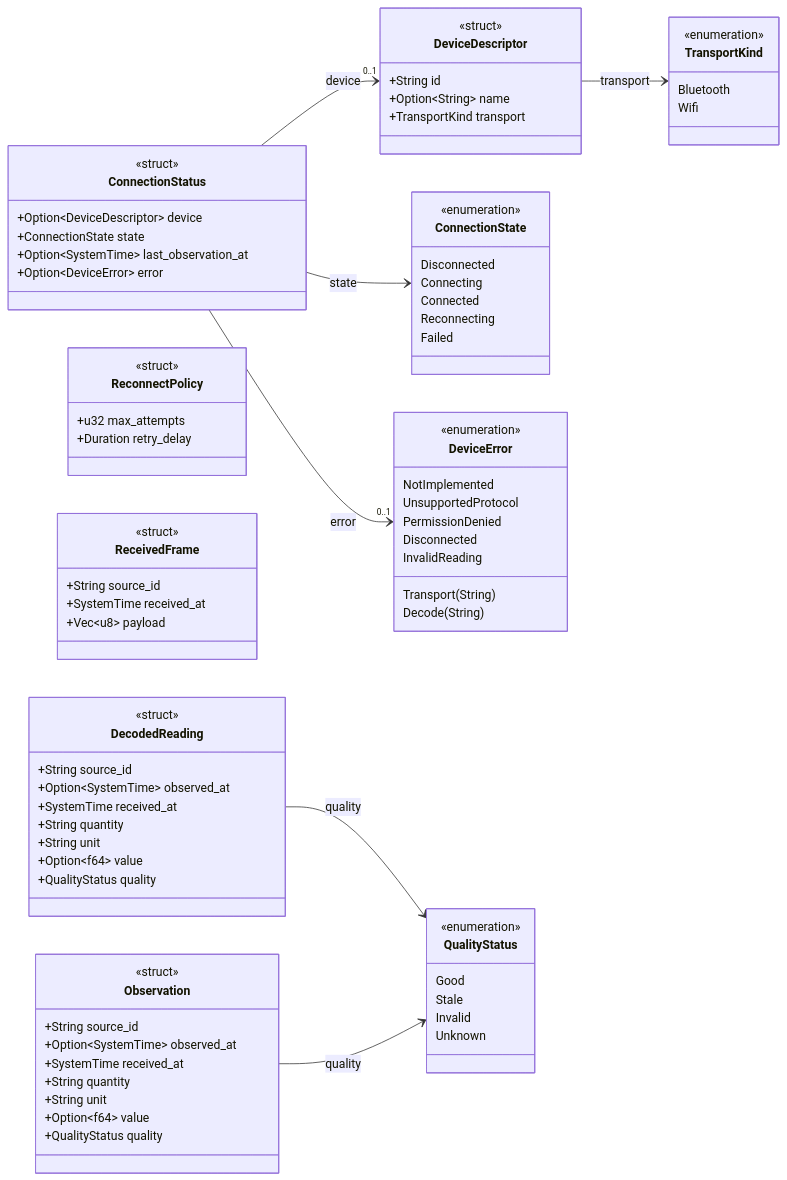
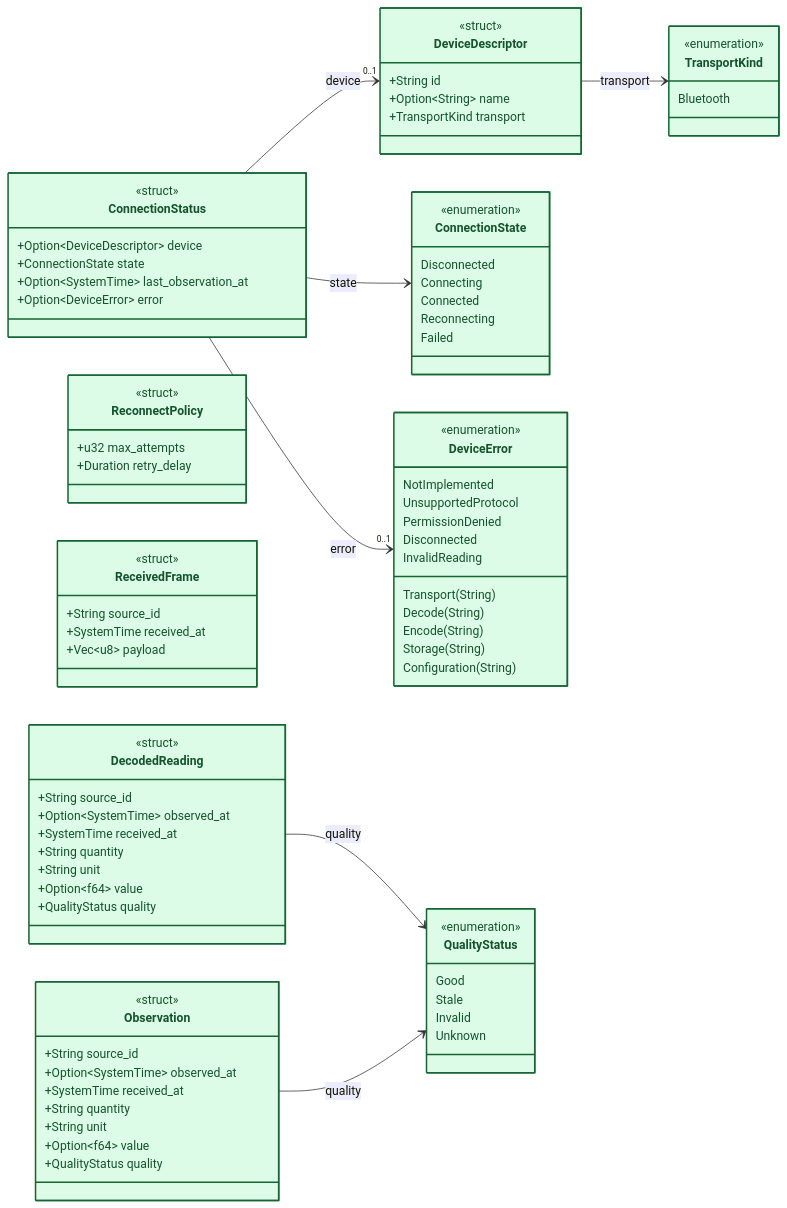
Before and after one commit to amanlig/kodekomplete: the second of 5 diagrams in docs/device-interface-class-diagram.md, drawn with Mermaid. The commit also changed other lines of this file and 37 other files, not shown here.

````diff
--- a/docs/device-interface-class-diagram.md
+++ b/docs/device-interface-class-diagram.md
@@ -121,7 +211,6 @@
     class TransportKind {
         <<enumeration>>
         Bluetooth
-        Wifi
     }
     class ConnectionStatus {
         <<struct>>
@@ -185,6 +274,9 @@
         InvalidReading
         Transport(String)
         Decode(String)
+        Encode(String)
+        Storage(String)
+        Configuration(String)
     }
 
     DeviceDescriptor --> TransportKind : transport
@@ -193,4 +285,26 @@
     ConnectionStatus --> "0..1" DeviceError : error
     DecodedReading --> QualityStatus : quality
     Observation --> QualityStatus : quality
+
+    style DeviceDescriptor fill:#dcfce7,stroke:#166534,color:#14532d,stroke-width:2px
+    style TransportKind fill:#dcfce7,stroke:#166534,color:#14532d,stroke-width:2px
+    style ConnectionStatus fill:#dcfce7,stroke:#166534,color:#14532d,stroke-width:2px
+    style ConnectionState fill:#dcfce7,stroke:#166534,color:#14532d,stroke-width:2px
+    style ReconnectPolicy fill:#dcfce7,stroke:#166534,color:#14532d,stroke-width:2px
+    style ReceivedFrame fill:#dcfce7,stroke:#166534,color:#14532d,stroke-width:2px
+    style DecodedReading fill:#dcfce7,stroke:#166534,color:#14532d,stroke-width:2px
+    style Observation fill:#dcfce7,stroke:#166534,color:#14532d,stroke-width:2px
+    style QualityStatus fill:#dcfce7,stroke:#166534,color:#14532d,stroke-width:2px
+    style DeviceError fill:#dcfce7,stroke:#166534,color:#14532d,stroke-width:2px
+
+    click DeviceDescriptor href "../device-interface/src/types.rs#L36" "Open DeviceDescriptor source or API"
+    click TransportKind href "../device-interface/src/types.rs#L31" "Open TransportKind source or API"
+    click ConnectionStatus href "../device-interface/src/types.rs#L53" "Open ConnectionStatus source or API"
+    click ConnectionState href "../device-interface/src/types.rs#L44" "Open ConnectionState source or API"
+    click ReconnectPolicy href "../device-interface/src/types.rs#L61" "Open ReconnectPolicy source or API"
+    click ReceivedFrame href "../device-interface/src/types.rs#L68" "Open ReceivedFrame source or API"
+    click DecodedReading href "../device-interface/src/types.rs#L83" "Open DecodedReading source or API"
+    click Observation href "../device-interface/src/types.rs#L95" "Open Observation source or API"
+    click QualityStatus href "../device-interface/src/types.rs#L75" "Open QualityStatus source or API"
+    click DeviceError href "../device-interface/src/types.rs#L9" "Open DeviceError source or API"
 ```
````
